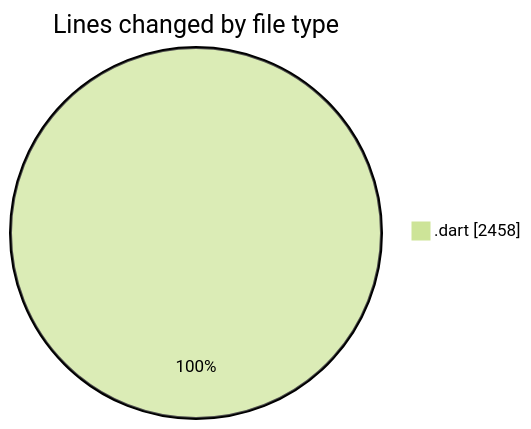
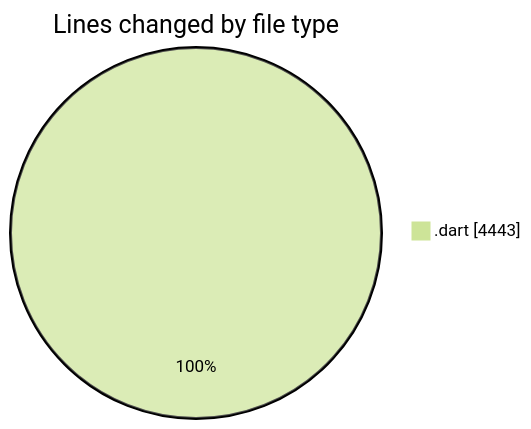
Before and after one commit to lephambinh05/code-tracking: the first of 2 diagrams in 2025-08-16/studybuddy/README.md, drawn with Mermaid (forest theme). The commit also changed other lines of this file and 1 other file, not shown here.

````diff
--- a/2025-08-16/studybuddy/README.md
+++ b/2025-08-16/studybuddy/README.md
@@ -26,5 +28,5 @@
 ```mermaid
 pie showData
 title Lines changed by file type
-".dart" : 2458
+".dart" : 4443
 ```
````
